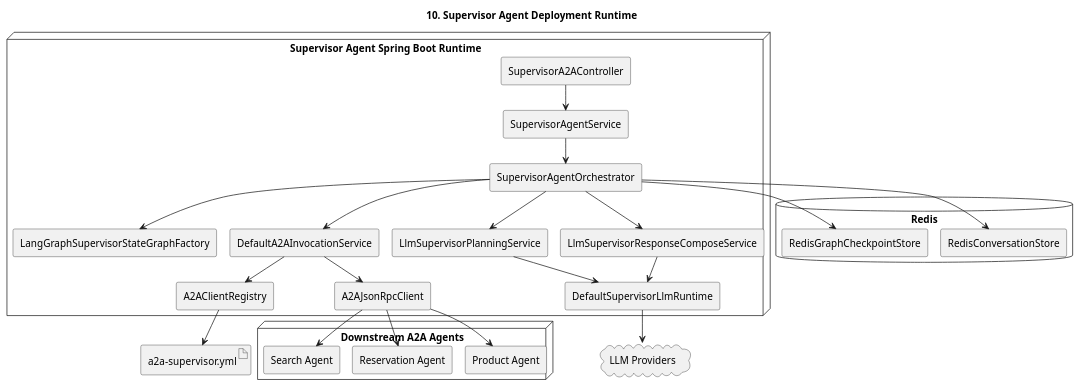
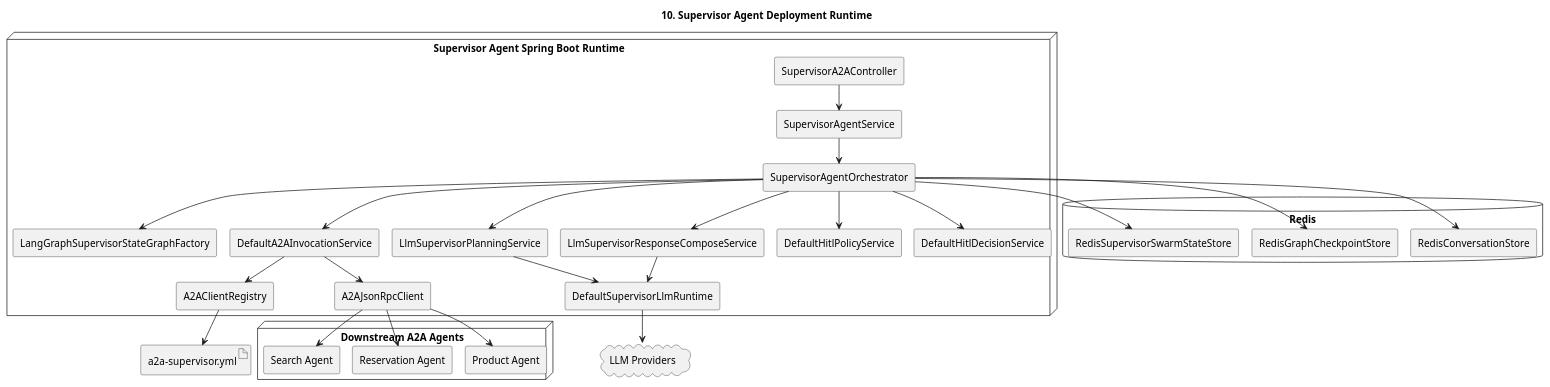
The diagram in documents/a2a-host_agent-architecture/10-deployment-runtime.puml (kim57uak/spring-ai), drawn with PlantUML before and after one commit. The commit also changed 99 other files, not shown here.

Commit message:
feat: implement supervisor HITL swarm flow and task review updates

```diff
--- a/documents/a2a-host_agent-architecture/10-deployment-runtime.puml
+++ b/documents/a2a-host_agent-architecture/10-deployment-runtime.puml
@@ -1,54 +1,65 @@
 @startuml
 !pragma layout smetana
 title 10. Supervisor Agent Deployment Runtime
 
 skinparam shadowing false
 skinparam componentStyle rectangle
 
 node "Supervisor Agent Spring Boot Runtime" {
   [SupervisorA2AController] as SupervisorA2AController
   [SupervisorAgentService] as SupervisorService
   [SupervisorAgentOrchestrator] as SupervisorOrchestrator
   [LangGraphSupervisorStateGraphFactory] as GraphFactory
   [LlmSupervisorPlanningService] as Planner
   [DefaultA2AInvocationService] as Invoker
   [LlmSupervisorResponseComposeService] as Composer
+  [DefaultHitlPolicyService] as HitlPolicy
+  [DefaultHitlDecisionService] as HitlDecision
   [A2AClientRegistry] as Registry
   [A2AJsonRpcClient] as A2AClient
   [DefaultSupervisorLlmRuntime] as LlmRuntime
 }
 
 database "Redis" as Redis {
   [RedisConversationStore] as ConversationStore
   [RedisGraphCheckpointStore] as CheckpointStore
+  [RedisSupervisorSwarmStateStore] as SwarmStateStore
 }
 
 cloud "LLM Providers" as LlmProviders
 
 node "Downstream A2A Agents" {
   [Product Agent] as ProductAgent
   [Reservation Agent] as ReservationAgent
   [Search Agent] as SearchAgent
 }
 
 artifact "a2a-supervisor.yml" as SupervisorConfig
 
 SupervisorA2AController --> SupervisorService
 SupervisorService --> SupervisorOrchestrator
 SupervisorOrchestrator --> GraphFactory
 SupervisorOrchestrator --> Planner
 SupervisorOrchestrator --> Invoker
 SupervisorOrchestrator --> Composer
+SupervisorOrchestrator --> HitlPolicy
+SupervisorOrchestrator --> HitlDecision
 SupervisorOrchestrator --> ConversationStore
 SupervisorOrchestrator --> CheckpointStore
+SupervisorOrchestrator --> SwarmStateStore
 Planner --> LlmRuntime
 Composer --> LlmRuntime
 LlmRuntime --> LlmProviders
 Invoker --> Registry
 Registry --> SupervisorConfig
 Invoker --> A2AClient
 A2AClient --> ProductAgent
 A2AClient --> ReservationAgent
 A2AClient --> SearchAgent
 
+' 2026-04-12 sync with docs 30/31
+' - Scope: HITL decision limited to APPROVE/CANCEL in current phase
+' - Data mutation requests (create/update/delete) require mandatory HITL
+' - A2A compatibility mode keeps both legacy and v1.0 methods
+' - User profile input collection is deferred to next phase
 @enduml
```
